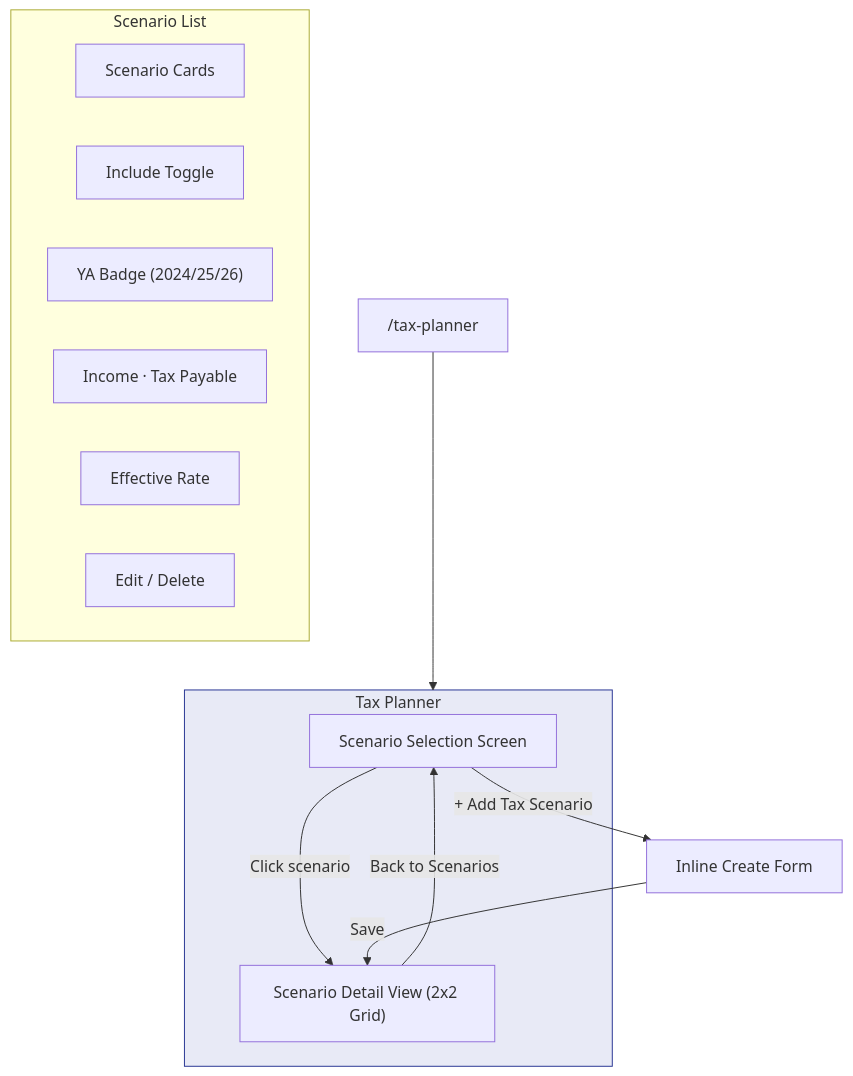
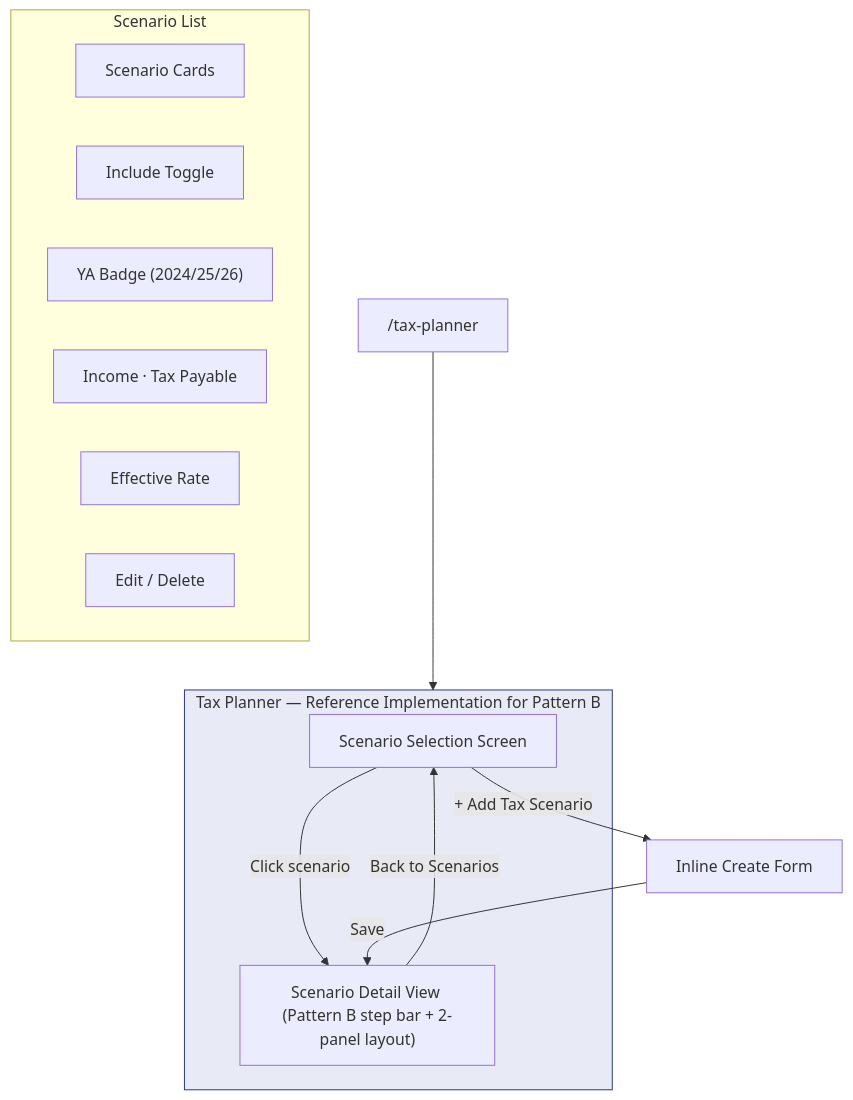
One commit to jcleow/wealthproject changed diagram 35 of 43 in spec/assetra-user-journey-interaction-map.md. Above: the diagram before and after it, drawn with Mermaid. The commit also changed other lines of this file and 2 other files, not shown here.

````diff
--- a/spec/assetra-user-journey-interaction-map.md
+++ b/spec/assetra-user-journey-interaction-map.md
@@ -1163,25 +1377,25 @@
 ```mermaid
 flowchart TB
     ENTRY["/tax-planner"] --> TAX_VIEW
 
-    subgraph TAX_VIEW["Tax Planner"]
+    subgraph TAX_VIEW["Tax Planner — Reference Implementation for Pattern B"]
         LIST["Scenario Selection Screen"]
-        DETAIL["Scenario Detail View (2x2 Grid)"]
+        DETAIL["Scenario Detail View (Pattern B step bar + 2-panel layout)"]
     end
 
     LIST -->|"Click scenario"| DETAIL
     LIST -->|"+ Add Tax Scenario"| INLINE_CREATE["Inline Create Form"]
     INLINE_CREATE -->|"Save"| DETAIL
     DETAIL -->|"Back to Scenarios"| LIST
 
     subgraph LIST_CONTENT["Scenario List"]
         TC1["Scenario Cards"]
         TC2["Include Toggle"]
         TC3["YA Badge (2024/25/26)"]
         TC4["Income · Tax Payable"]
         TC5["Effective Rate"]
         TC6["Edit / Delete"]
     end
 
     style TAX_VIEW fill:#e8eaf6,stroke:#283593
 ```
````
